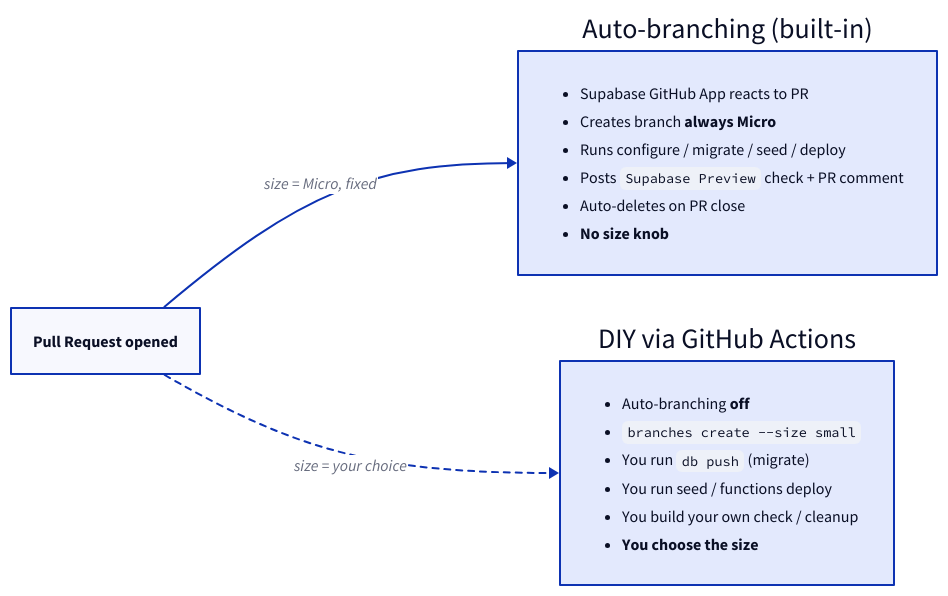
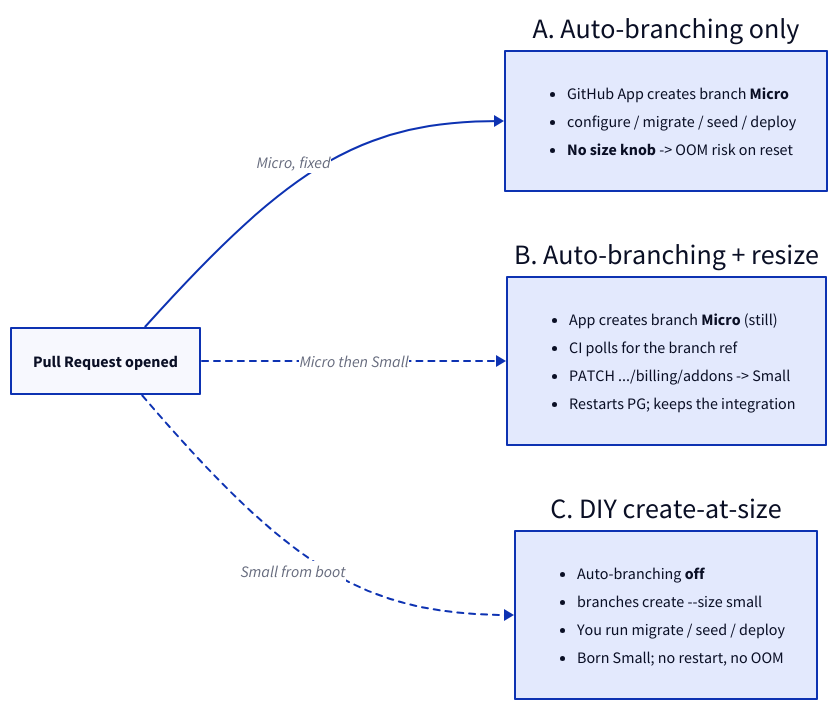
The diagram in src/content/docs/guides/supabase-preview-branch-compute.mdx (erfianugrah/lexicanum), drawn with D2 before and after one commit. The commit also changed other lines of this file, not shown here.

First line of the commit message:
docs(supabase): document all three preview-branch compute approaches

````diff
--- a/src/content/docs/guides/supabase-preview-branch-compute.mdx
+++ b/src/content/docs/guides/supabase-preview-branch-compute.mdx
@@ -66,34 +78,42 @@
 ```d2
 direction: right
 
 pr: Pull Request opened
 
-auto: Auto-branching (built-in) {
+auto: A. Auto-branching only {
   shape: rectangle
   body: |md
-    - Supabase GitHub App reacts to PR
-    - Creates branch **always Micro**
-    - Runs configure / migrate / seed / deploy
-    - Posts `Supabase Preview` check + PR comment
-    - Auto-deletes on PR close
-    - **No size knob**
+    - GitHub App creates branch **Micro**
+    - configure / migrate / seed / deploy
+    - **No size knob** -> OOM risk on reset
   |
 }
 
-diy: DIY via GitHub Actions {
+resize: B. Auto-branching + resize {
+  shape: rectangle
+  body: |md
+    - App creates branch **Micro** (still)
+    - CI polls for the branch ref
+    - PATCH .../billing/addons -> Small
+    - Restarts PG; keeps the integration
+  |
+}
+
+diy: C. DIY create-at-size {
   shape: rectangle
   body: |md
     - Auto-branching **off**
-    - `branches create --size small`
-    - You run `db push` (migrate)
-    - You run seed / functions deploy
-    - You build your own check / cleanup
-    - **You choose the size**
+    - branches create --size small
+    - You run migrate / seed / deploy
+    - Born Small; no restart, no OOM
   |
 }
 
-pr -> auto: size = Micro, fixed
-pr -> diy: size = your choice {
+pr -> auto: Micro, fixed
+pr -> resize: Micro then Small {
+  style.stroke-dash: 3
+}
+pr -> diy: Small from boot {
   style.stroke-dash: 3
 }
 ```
````
